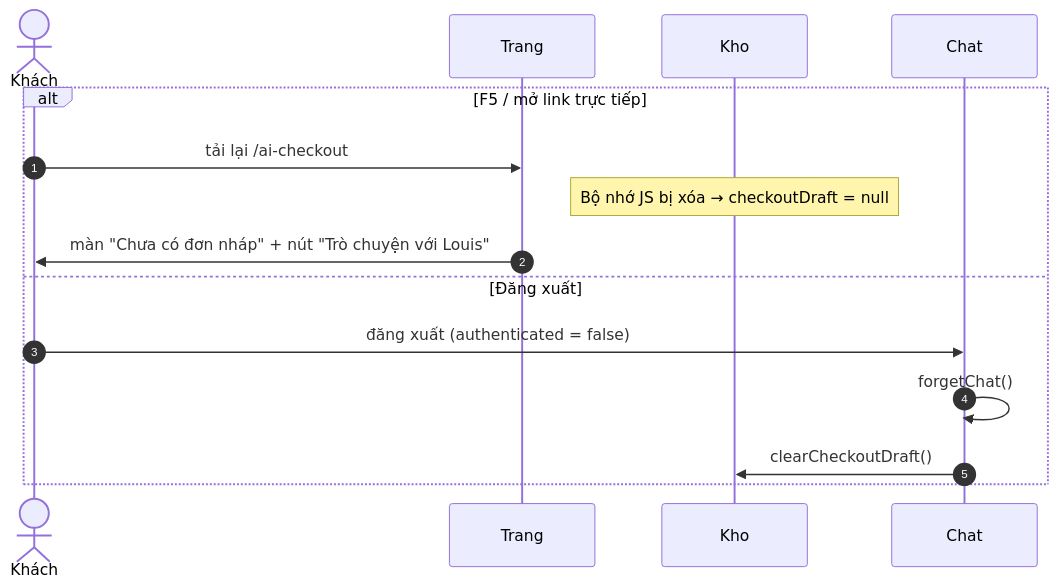
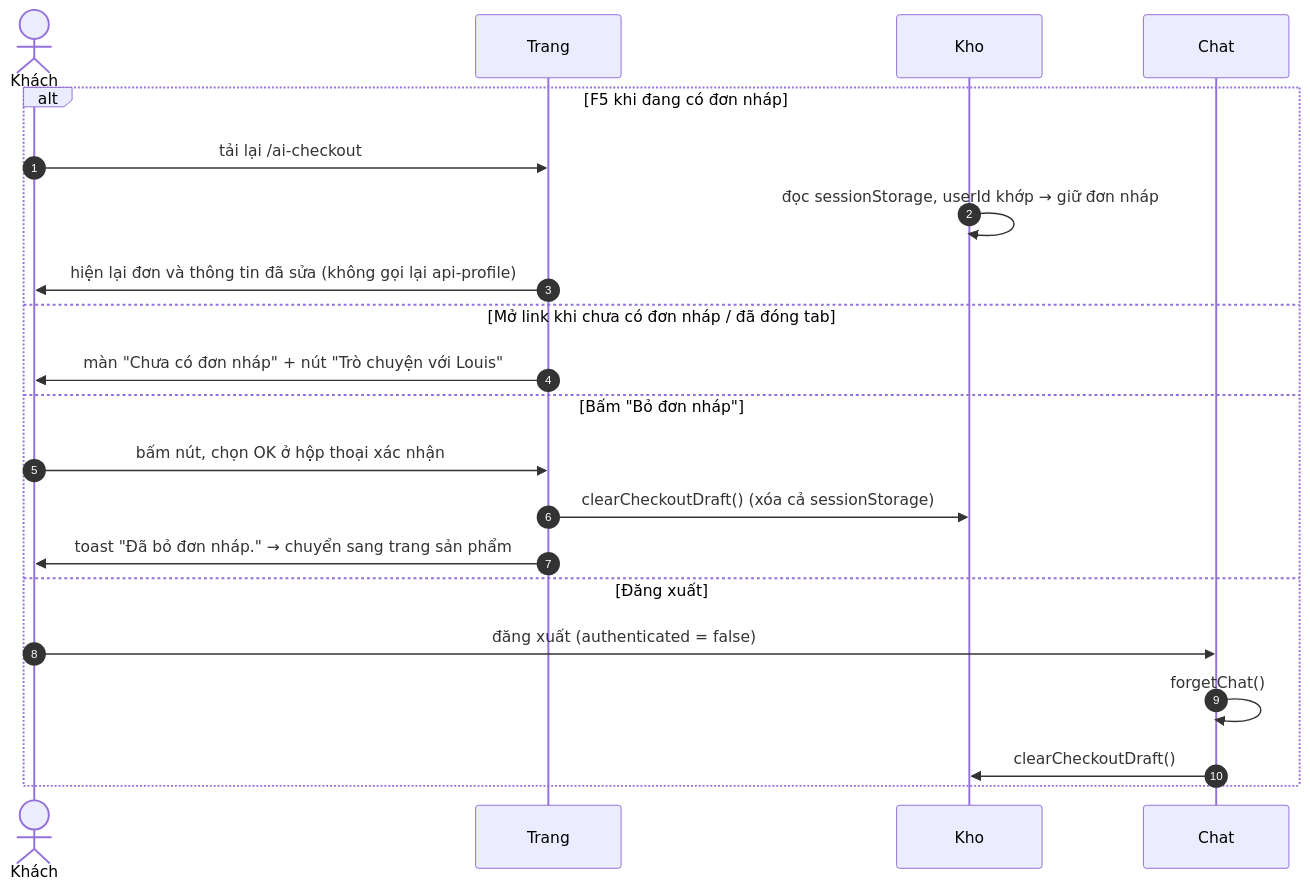
The ninth of 10 diagrams in docs/chat-ai/len-don-nhanh/03-luong-xu-ly.md (zdevlongnguz-blip/du-an-1), drawn with Mermaid before and after one commit. The commit also changed other lines of this file and 19 other files, not shown here.

````diff
--- a/docs/chat-ai/len-don-nhanh/03-luong-xu-ly.md
+++ b/docs/chat-ai/len-don-nhanh/03-luong-xu-ly.md
@@ -238,18 +238,24 @@
 ```mermaid
 sequenceDiagram
     autonumber
     actor K as Khách
     participant Trang
     participant Kho
     participant Chat
 
-    alt F5 / mở link trực tiếp
+    alt F5 khi đang có đơn nháp
         K->>Trang: tải lại /ai-checkout
-        Note over Kho: Bộ nhớ JS bị xóa → checkoutDraft = null
+        Kho->>Kho: đọc sessionStorage, userId khớp → giữ đơn nháp
+        Trang->>K: hiện lại đơn và thông tin đã sửa (không gọi lại api-profile)
+    else Mở link khi chưa có đơn nháp / đã đóng tab
         Trang->>K: màn "Chưa có đơn nháp" + nút "Trò chuyện với Louis"
+    else Bấm "Bỏ đơn nháp"
+        K->>Trang: bấm nút, chọn OK ở hộp thoại xác nhận
+        Trang->>Kho: clearCheckoutDraft() (xóa cả sessionStorage)
+        Trang->>K: toast "Đã bỏ đơn nháp." → chuyển sang trang sản phẩm
     else Đăng xuất
         K->>Chat: đăng xuất (authenticated = false)
         Chat->>Chat: forgetChat()
         Chat->>Kho: clearCheckoutDraft()
     end
 ```
````
